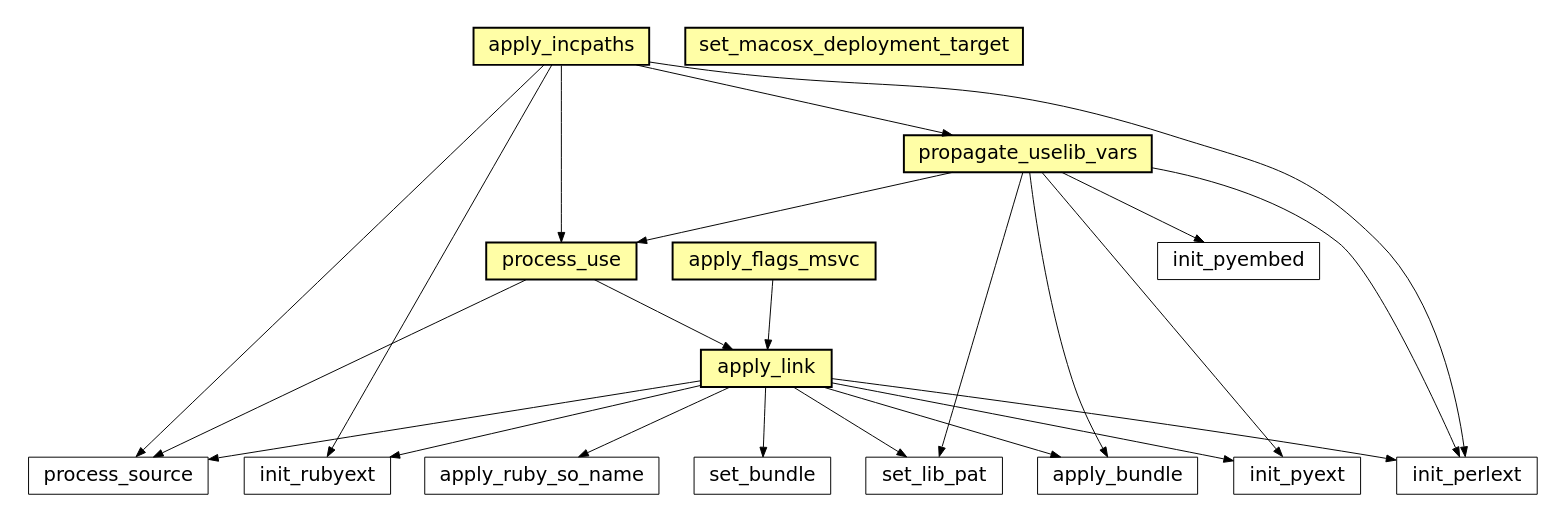
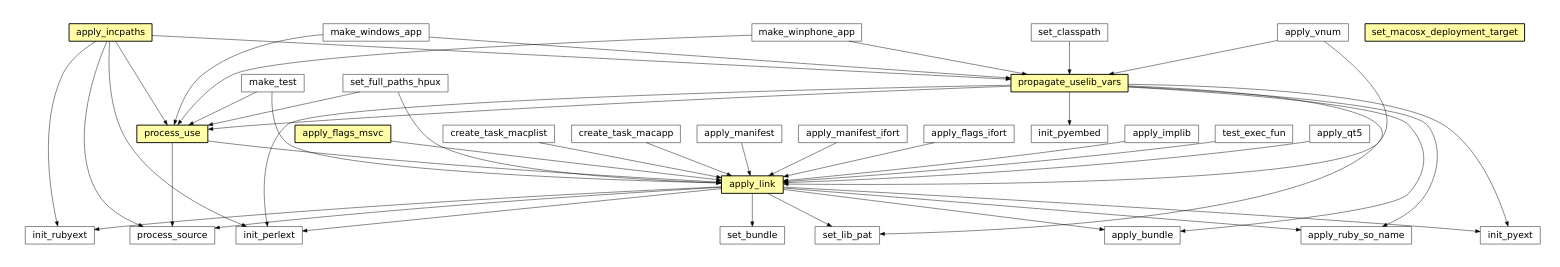
The third of 45 diagrams in docs/sphinx/featuremap.rst (electronicvisions/waf), drawn with Graphviz before and after one commit. The commit also changed other lines of this file and 1 other file, not shown here.

```diff
--- a/docs/sphinx/featuremap.rst
+++ b/docs/sphinx/featuremap.rst
@@ -98,42 +143,76 @@
 .. graphviz::
 
 	digraph feature_c {
 		size="8.0, 12.0";
-		process_use [style="setlinewidth(0.5)",URL="tools/ccroot.html#waflib.Tools.ccroot.process_use",target="_top",fontname="Vera Sans, DejaVu Sans, Liberation Sans, Arial, Helvetica, sans",height=0.25,shape="rectangle",fontsize=10,fillcolor="#fffea6",style=filled];
-		process_source [style="setlinewidth(0.5)",URL="TaskGen.html#waflib.TaskGen.process_source",target="_top",fontname="Vera Sans, DejaVu Sans, Liberation Sans, Arial, Helvetica, sans",height=0.25,shape="rectangle",fontsize=10];
-		apply_incpaths [style="setlinewidth(0.5)",URL="tools/ccroot.html#waflib.Tools.ccroot.apply_incpaths",target="_top",fontname="Vera Sans, DejaVu Sans, Liberation Sans, Arial, Helvetica, sans",height=0.25,shape="rectangle",fontsize=10,fillcolor="#fffea6",style=filled];
-		set_bundle [style="setlinewidth(0.5)",URL="tools/python.html#waflib.Tools.python.set_bundle",target="_top",fontname="Vera Sans, DejaVu Sans, Liberation Sans, Arial, Helvetica, sans",height=0.25,shape="rectangle",fontsize=10];
-		set_lib_pat [style="setlinewidth(0.5)",URL="tools/fc_config.html#waflib.Tools.fc_config.set_lib_pat",target="_top",fontname="Vera Sans, DejaVu Sans, Liberation Sans, Arial, Helvetica, sans",height=0.25,shape="rectangle",fontsize=10];
-		apply_bundle [style="setlinewidth(0.5)",URL="tools/c_osx.html#waflib.Tools.c_osx.apply_bundle",target="_top",fontname="Vera Sans, DejaVu Sans, Liberation Sans, Arial, Helvetica, sans",height=0.25,shape="rectangle",fontsize=10];
-		set_macosx_deployment_target [style="setlinewidth(0.5)",URL="tools/c_osx.html#waflib.Tools.c_osx.set_macosx_deployment_target",target="_top",fontname="Vera Sans, DejaVu Sans, Liberation Sans, Arial, Helvetica, sans",height=0.25,shape="rectangle",fontsize=10,fillcolor="#fffea6",style=filled];
-		init_perlext [style="setlinewidth(0.5)",URL="tools/perl.html#waflib.Tools.perl.init_perlext",target="_top",fontname="Vera Sans, DejaVu Sans, Liberation Sans, Arial, Helvetica, sans",height=0.25,shape="rectangle",fontsize=10];
-		apply_ruby_so_name [style="setlinewidth(0.5)",URL="tools/ruby.html#waflib.Tools.ruby.apply_ruby_so_name",target="_top",fontname="Vera Sans, DejaVu Sans, Liberation Sans, Arial, Helvetica, sans",height=0.25,shape="rectangle",fontsize=10];
-		apply_link [style="setlinewidth(0.5)",URL="tools/ccroot.html#waflib.Tools.ccroot.apply_link",target="_top",fontname="Vera Sans, DejaVu Sans, Liberation Sans, Arial, Helvetica, sans",height=0.25,shape="rectangle",fontsize=10,fillcolor="#fffea6",style=filled];
-		init_pyext [style="setlinewidth(0.5)",URL="tools/python.html#waflib.Tools.python.init_pyext",target="_top",fontname="Vera Sans, DejaVu Sans, Liberation Sans, Arial, Helvetica, sans",height=0.25,shape="rectangle",fontsize=10];
-		init_rubyext [style="setlinewidth(0.5)",URL="tools/ruby.html#waflib.Tools.ruby.init_rubyext",target="_top",fontname="Vera Sans, DejaVu Sans, Liberation Sans, Arial, Helvetica, sans",height=0.25,shape="rectangle",fontsize=10];
-		apply_flags_msvc [style="setlinewidth(0.5)",URL="tools/msvc.html#waflib.Tools.msvc.apply_flags_msvc",target="_top",fontname="Vera Sans, DejaVu Sans, Liberation Sans, Arial, Helvetica, sans",height=0.25,shape="rectangle",fontsize=10,fillcolor="#fffea6",style=filled];
-		propagate_uselib_vars [style="setlinewidth(0.5)",URL="tools/ccroot.html#waflib.Tools.ccroot.propagate_uselib_vars",target="_top",fontname="Vera Sans, DejaVu Sans, Liberation Sans, Arial, Helvetica, sans",height=0.25,shape="rectangle",fontsize=10,fillcolor="#fffea6",style=filled];
-		init_pyembed [style="setlinewidth(0.5)",URL="tools/python.html#waflib.Tools.python.init_pyembed",target="_top",fontname="Vera Sans, DejaVu Sans, Liberation Sans, Arial, Helvetica, sans",height=0.25,shape="rectangle",fontsize=10];
-		"process_use" -> "apply_link" [arrowsize=0.5,style="setlinewidth(0.5)"];
-		"process_use" -> "process_source" [arrowsize=0.5,style="setlinewidth(0.5)"];
+		"make_test" [style="setlinewidth(0.5)",URL="tools/waf_unit_test.html#waflib.Tools.waf_unit_test.make_test",target="_top",fontname="Vera Sans, DejaVu Sans, Liberation Sans, Arial, Helvetica, sans",height=0.25,shape="rectangle",fontsize=10];
+		"process_use" [style="setlinewidth(0.5)",URL="tools/ccroot.html#waflib.Tools.ccroot.process_use",target="_top",fontname="Vera Sans, DejaVu Sans, Liberation Sans, Arial, Helvetica, sans",height=0.25,shape="rectangle",fontsize=10,fillcolor="#fffea6",style=filled];
+		"create_task_macapp" [style="setlinewidth(0.5)",URL="tools/c_osx.html#waflib.Tools.c_osx.create_task_macapp",target="_top",fontname="Vera Sans, DejaVu Sans, Liberation Sans, Arial, Helvetica, sans",height=0.25,shape="rectangle",fontsize=10];
+		"apply_manifest" [style="setlinewidth(0.5)",URL="tools/msvc.html#waflib.Tools.msvc.apply_manifest",target="_top",fontname="Vera Sans, DejaVu Sans, Liberation Sans, Arial, Helvetica, sans",height=0.25,shape="rectangle",fontsize=10];
+		"process_source" [style="setlinewidth(0.5)",URL="TaskGen.html#waflib.TaskGen.process_source",target="_top",fontname="Vera Sans, DejaVu Sans, Liberation Sans, Arial, Helvetica, sans",height=0.25,shape="rectangle",fontsize=10];
+		"apply_incpaths" [style="setlinewidth(0.5)",URL="tools/ccroot.html#waflib.Tools.ccroot.apply_incpaths",target="_top",fontname="Vera Sans, DejaVu Sans, Liberation Sans, Arial, Helvetica, sans",height=0.25,shape="rectangle",fontsize=10,fillcolor="#fffea6",style=filled];
+		"apply_manifest_ifort" [style="setlinewidth(0.5)",URL="tools/ifort.html#waflib.Tools.ifort.apply_manifest_ifort",target="_top",fontname="Vera Sans, DejaVu Sans, Liberation Sans, Arial, Helvetica, sans",height=0.25,shape="rectangle",fontsize=10];
+		"make_windows_app" [style="setlinewidth(0.5)",URL="tools/msvc.html#waflib.Tools.msvc.make_windows_app",target="_top",fontname="Vera Sans, DejaVu Sans, Liberation Sans, Arial, Helvetica, sans",height=0.25,shape="rectangle",fontsize=10];
+		"set_bundle" [style="setlinewidth(0.5)",URL="tools/python.html#waflib.Tools.python.set_bundle",target="_top",fontname="Vera Sans, DejaVu Sans, Liberation Sans, Arial, Helvetica, sans",height=0.25,shape="rectangle",fontsize=10];
+		"make_winphone_app" [style="setlinewidth(0.5)",URL="tools/msvc.html#waflib.Tools.msvc.make_winphone_app",target="_top",fontname="Vera Sans, DejaVu Sans, Liberation Sans, Arial, Helvetica, sans",height=0.25,shape="rectangle",fontsize=10];
+		"set_lib_pat" [style="setlinewidth(0.5)",URL="tools/fc_config.html#waflib.Tools.fc_config.set_lib_pat",target="_top",fontname="Vera Sans, DejaVu Sans, Liberation Sans, Arial, Helvetica, sans",height=0.25,shape="rectangle",fontsize=10];
+		"init_pyembed" [style="setlinewidth(0.5)",URL="tools/python.html#waflib.Tools.python.init_pyembed",target="_top",fontname="Vera Sans, DejaVu Sans, Liberation Sans, Arial, Helvetica, sans",height=0.25,shape="rectangle",fontsize=10];
+		"set_classpath" [style="setlinewidth(0.5)",URL="tools/javaw.html#waflib.Tools.javaw.set_classpath",target="_top",fontname="Vera Sans, DejaVu Sans, Liberation Sans, Arial, Helvetica, sans",height=0.25,shape="rectangle",fontsize=10];
+		"apply_flags_ifort" [style="setlinewidth(0.5)",URL="tools/ifort.html#waflib.Tools.ifort.apply_flags_ifort",target="_top",fontname="Vera Sans, DejaVu Sans, Liberation Sans, Arial, Helvetica, sans",height=0.25,shape="rectangle",fontsize=10];
+		"apply_bundle" [style="setlinewidth(0.5)",URL="tools/c_osx.html#waflib.Tools.c_osx.apply_bundle",target="_top",fontname="Vera Sans, DejaVu Sans, Liberation Sans, Arial, Helvetica, sans",height=0.25,shape="rectangle",fontsize=10];
+		"set_macosx_deployment_target" [style="setlinewidth(0.5)",URL="tools/c_osx.html#waflib.Tools.c_osx.set_macosx_deployment_target",target="_top",fontname="Vera Sans, DejaVu Sans, Liberation Sans, Arial, Helvetica, sans",height=0.25,shape="rectangle",fontsize=10,fillcolor="#fffea6",style=filled];
+		"apply_implib" [style="setlinewidth(0.5)",URL="tools/ccroot.html#waflib.Tools.ccroot.apply_implib",target="_top",fontname="Vera Sans, DejaVu Sans, Liberation Sans, Arial, Helvetica, sans",height=0.25,shape="rectangle",fontsize=10];
+		"init_perlext" [style="setlinewidth(0.5)",URL="tools/perl.html#waflib.Tools.perl.init_perlext",target="_top",fontname="Vera Sans, DejaVu Sans, Liberation Sans, Arial, Helvetica, sans",height=0.25,shape="rectangle",fontsize=10];
+		"apply_ruby_so_name" [style="setlinewidth(0.5)",URL="tools/ruby.html#waflib.Tools.ruby.apply_ruby_so_name",target="_top",fontname="Vera Sans, DejaVu Sans, Liberation Sans, Arial, Helvetica, sans",height=0.25,shape="rectangle",fontsize=10];
+		"set_full_paths_hpux" [style="setlinewidth(0.5)",URL="tools/ccroot.html#waflib.Tools.ccroot.set_full_paths_hpux",target="_top",fontname="Vera Sans, DejaVu Sans, Liberation Sans, Arial, Helvetica, sans",height=0.25,shape="rectangle",fontsize=10];
+		"test_exec_fun" [style="setlinewidth(0.5)",URL="tools/c_config.html#waflib.Tools.c_config.test_exec_fun",target="_top",fontname="Vera Sans, DejaVu Sans, Liberation Sans, Arial, Helvetica, sans",height=0.25,shape="rectangle",fontsize=10];
+		"apply_link" [style="setlinewidth(0.5)",URL="tools/ccroot.html#waflib.Tools.ccroot.apply_link",target="_top",fontname="Vera Sans, DejaVu Sans, Liberation Sans, Arial, Helvetica, sans",height=0.25,shape="rectangle",fontsize=10,fillcolor="#fffea6",style=filled];
+		"init_pyext" [style="setlinewidth(0.5)",URL="tools/python.html#waflib.Tools.python.init_pyext",target="_top",fontname="Vera Sans, DejaVu Sans, Liberation Sans, Arial, Helvetica, sans",height=0.25,shape="rectangle",fontsize=10];
+		"apply_qt5" [style="setlinewidth(0.5)",URL="tools/qt5.html#waflib.Tools.qt5.apply_qt5",target="_top",fontname="Vera Sans, DejaVu Sans, Liberation Sans, Arial, Helvetica, sans",height=0.25,shape="rectangle",fontsize=10];
+		"init_rubyext" [style="setlinewidth(0.5)",URL="tools/ruby.html#waflib.Tools.ruby.init_rubyext",target="_top",fontname="Vera Sans, DejaVu Sans, Liberation Sans, Arial, Helvetica, sans",height=0.25,shape="rectangle",fontsize=10];
+		"apply_flags_msvc" [style="setlinewidth(0.5)",URL="tools/msvc.html#waflib.Tools.msvc.apply_flags_msvc",target="_top",fontname="Vera Sans, DejaVu Sans, Liberation Sans, Arial, Helvetica, sans",height=0.25,shape="rectangle",fontsize=10,fillcolor="#fffea6",style=filled];
+		"propagate_uselib_vars" [style="setlinewidth(0.5)",URL="tools/ccroot.html#waflib.Tools.ccroot.propagate_uselib_vars",target="_top",fontname="Vera Sans, DejaVu Sans, Liberation Sans, Arial, Helvetica, sans",height=0.25,shape="rectangle",fontsize=10,fillcolor="#fffea6",style=filled];
+		"apply_vnum" [style="setlinewidth(0.5)",URL="tools/ccroot.html#waflib.Tools.ccroot.apply_vnum",target="_top",fontname="Vera Sans, DejaVu Sans, Liberation Sans, Arial, Helvetica, sans",height=0.25,shape="rectangle",fontsize=10];
+		"create_task_macplist" [style="setlinewidth(0.5)",URL="tools/c_osx.html#waflib.Tools.c_osx.create_task_macplist",target="_top",fontname="Vera Sans, DejaVu Sans, Liberation Sans, Arial, Helvetica, sans",height=0.25,shape="rectangle",fontsize=10];
+		"make_test" -> "apply_link" [arrowsize=0.5,style="setlinewidth(0.5)"];
+		"make_test" -> "process_use" [arrowsize=0.5,style="setlinewidth(0.5)"];
 		"apply_incpaths" -> "propagate_uselib_vars" [arrowsize=0.5,style="setlinewidth(0.5)"];
 		"apply_incpaths" -> "process_source" [arrowsize=0.5,style="setlinewidth(0.5)"];
 		"apply_incpaths" -> "process_use" [arrowsize=0.5,style="setlinewidth(0.5)"];
 		"apply_incpaths" -> "init_rubyext" [arrowsize=0.5,style="setlinewidth(0.5)"];
 		"apply_incpaths" -> "init_perlext" [arrowsize=0.5,style="setlinewidth(0.5)"];
+		"apply_flags_ifort" -> "apply_link" [arrowsize=0.5,style="setlinewidth(0.5)"];
+		"process_use" -> "apply_link" [arrowsize=0.5,style="setlinewidth(0.5)"];
+		"process_use" -> "process_source" [arrowsize=0.5,style="setlinewidth(0.5)"];
+		"apply_qt5" -> "apply_link" [arrowsize=0.5,style="setlinewidth(0.5)"];
+		"set_full_paths_hpux" -> "apply_link" [arrowsize=0.5,style="setlinewidth(0.5)"];
+		"set_full_paths_hpux" -> "process_use" [arrowsize=0.5,style="setlinewidth(0.5)"];
 		"apply_link" -> "apply_bundle" [arrowsize=0.5,style="setlinewidth(0.5)"];
 		"apply_link" -> "process_source" [arrowsize=0.5,style="setlinewidth(0.5)"];
 		"apply_link" -> "set_lib_pat" [arrowsize=0.5,style="setlinewidth(0.5)"];
 		"apply_link" -> "init_rubyext" [arrowsize=0.5,style="setlinewidth(0.5)"];
 		"apply_link" -> "apply_ruby_so_name" [arrowsize=0.5,style="setlinewidth(0.5)"];
 		"apply_link" -> "init_perlext" [arrowsize=0.5,style="setlinewidth(0.5)"];
 		"apply_link" -> "init_pyext" [arrowsize=0.5,style="setlinewidth(0.5)"];
 		"apply_link" -> "set_bundle" [arrowsize=0.5,style="setlinewidth(0.5)"];
+		"apply_vnum" -> "apply_link" [arrowsize=0.5,style="setlinewidth(0.5)"];
+		"apply_vnum" -> "propagate_uselib_vars" [arrowsize=0.5,style="setlinewidth(0.5)"];
+		"create_task_macplist" -> "apply_link" [arrowsize=0.5,style="setlinewidth(0.5)"];
+		"make_windows_app" -> "propagate_uselib_vars" [arrowsize=0.5,style="setlinewidth(0.5)"];
+		"make_windows_app" -> "process_use" [arrowsize=0.5,style="setlinewidth(0.5)"];
+		"apply_manifest" -> "apply_link" [arrowsize=0.5,style="setlinewidth(0.5)"];
+		"test_exec_fun" -> "apply_link" [arrowsize=0.5,style="setlinewidth(0.5)"];
+		"apply_manifest_ifort" -> "apply_link" [arrowsize=0.5,style="setlinewidth(0.5)"];
+		"make_winphone_app" -> "propagate_uselib_vars" [arrowsize=0.5,style="setlinewidth(0.5)"];
+		"make_winphone_app" -> "process_use" [arrowsize=0.5,style="setlinewidth(0.5)"];
+		"set_classpath" -> "propagate_uselib_vars" [arrowsize=0.5,style="setlinewidth(0.5)"];
+		"create_task_macapp" -> "apply_link" [arrowsize=0.5,style="setlinewidth(0.5)"];
+		"apply_implib" -> "apply_link" [arrowsize=0.5,style="setlinewidth(0.5)"];
 		"apply_flags_msvc" -> "apply_link" [arrowsize=0.5,style="setlinewidth(0.5)"];
 		"propagate_uselib_vars" -> "apply_bundle" [arrowsize=0.5,style="setlinewidth(0.5)"];
 		"propagate_uselib_vars" -> "process_use" [arrowsize=0.5,style="setlinewidth(0.5)"];
 		"propagate_uselib_vars" -> "set_lib_pat" [arrowsize=0.5,style="setlinewidth(0.5)"];
+		"propagate_uselib_vars" -> "apply_ruby_so_name" [arrowsize=0.5,style="setlinewidth(0.5)"];
 		"propagate_uselib_vars" -> "init_perlext" [arrowsize=0.5,style="setlinewidth(0.5)"];
 		"propagate_uselib_vars" -> "init_pyext" [arrowsize=0.5,style="setlinewidth(0.5)"];
 		"propagate_uselib_vars" -> "init_pyembed" [arrowsize=0.5,style="setlinewidth(0.5)"];
 	}
```
